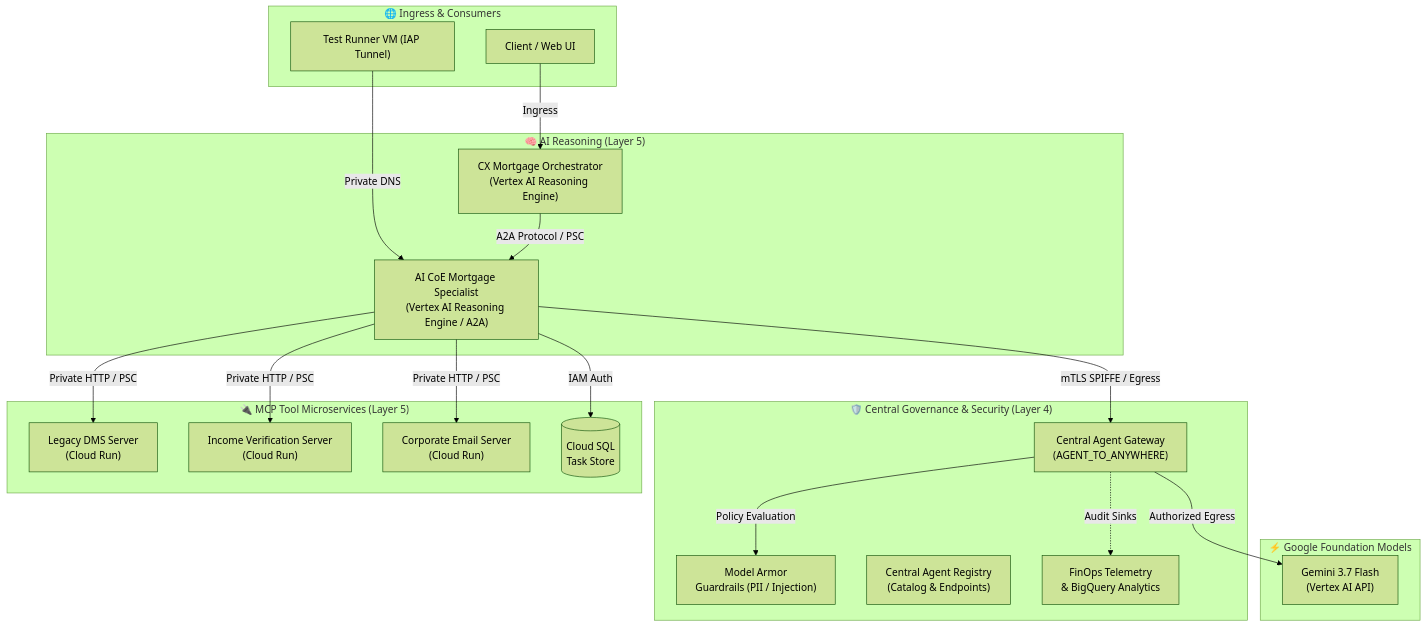
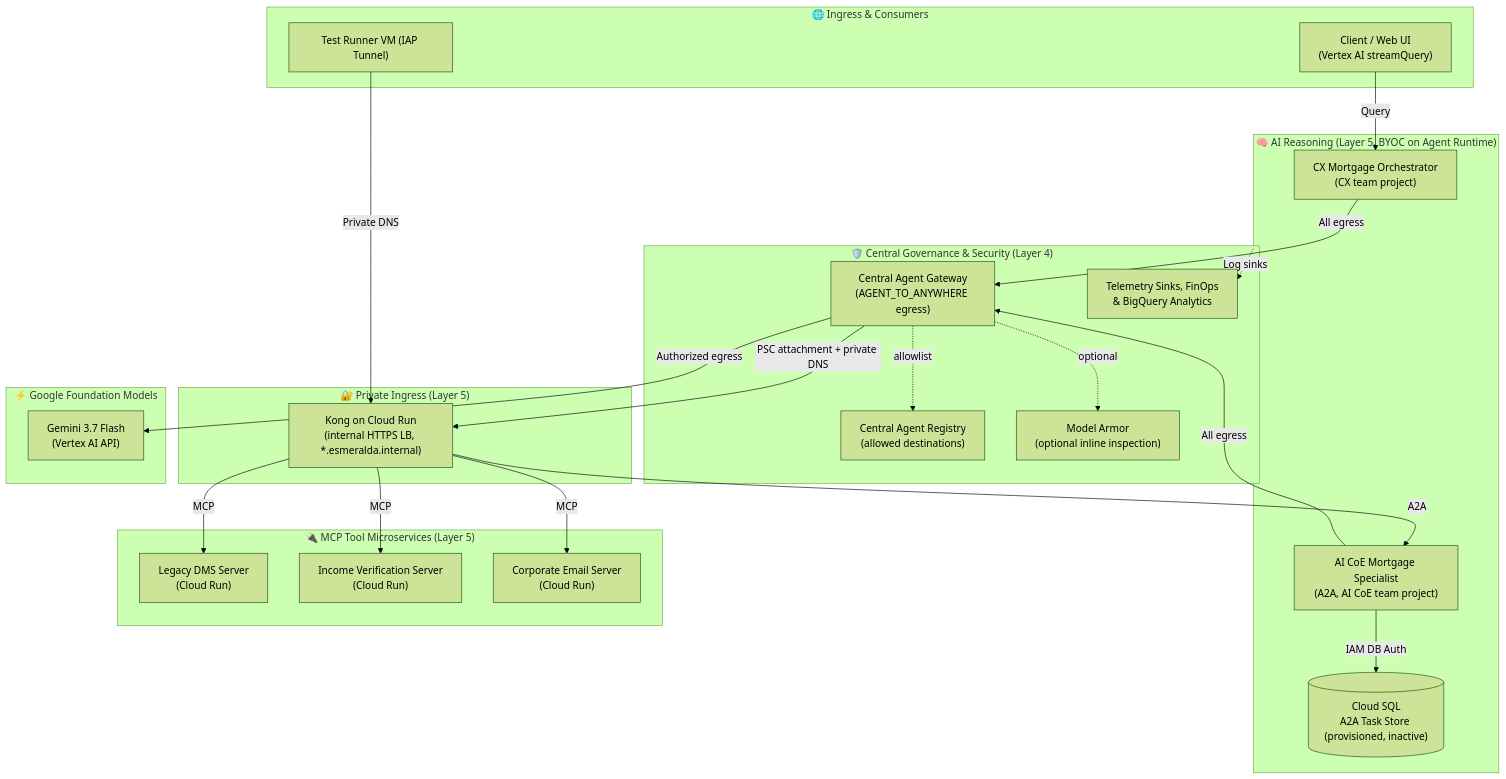
Before and after one commit to google/esmeralda: the diagram in README.md, drawn with Mermaid (forest theme). The commit also changed other lines of this file and 15 other files, not shown here.

First line of the commit message:
docs: revise all docs for team-based names and current architecture

````diff
--- a/README.md
+++ b/README.md
@@ -53,42 +65,49 @@
 ```mermaid
 flowchart TD
     subgraph Clients["🌐 Ingress & Consumers"]
-        User["Client / Web UI"]
+        User["Client / Web UI\n(Vertex AI streamQuery)"]
         TestVM["Test Runner VM (IAP Tunnel)"]
     end
 
     subgraph Governance["🛡️ Central Governance & Security (Layer 4)"]
-        AGW["Central Agent Gateway\n(AGENT_TO_ANYWHERE)"]
-        MA["Model Armor\nGuardrails (PII / Injection)"]
-        AR["Central Agent Registry\n(Catalog & Endpoints)"]
-        FinOps["FinOps Telemetry\n& BigQuery Analytics"]
+        AGW["Central Agent Gateway\n(AGENT_TO_ANYWHERE egress)"]
+        AR["Central Agent Registry\n(allowed destinations)"]
+        MA["Model Armor\n(optional inline inspection)"]
+        FinOps["Telemetry Sinks, FinOps\n& BigQuery Analytics"]
     end
 
-    subgraph Agents["🧠 AI Reasoning (Layer 5)"]
-        RootAgent["CX Mortgage Orchestrator\n(Vertex AI Reasoning Engine)"]
-        A2AAgent["AI CoE Mortgage Specialist\n(Vertex AI Reasoning Engine / A2A)"]
+    subgraph Agents["🧠 AI Reasoning (Layer 5, BYOC on Agent Runtime)"]
+        Orch["CX Mortgage Orchestrator\n(CX team project)"]
+        Spec["AI CoE Mortgage Specialist\n(A2A, AI CoE team project)"]
+        TaskDB[("Cloud SQL\nA2A Task Store (provisioned, inactive)")]
+    end
+
+    subgraph Private["🔐 Private Ingress (Layer 5)"]
+        Kong["Kong on Cloud Run\n(internal HTTPS LB, *.esmeralda.internal)"]
     end
 
     subgraph Tools["🔌 MCP Tool Microservices (Layer 5)"]
         DMS["Legacy DMS Server\n(Cloud Run)"]
         Income["Income Verification Server\n(Cloud Run)"]
         Email["Corporate Email Server\n(Cloud Run)"]
-        TaskDB[("Cloud SQL\nTask Store")]
     end
 
     subgraph Models["⚡ Google Foundation Models"]
         Gemini["Gemini 3.7 Flash\n(Vertex AI API)"]
     end
 
-    User -->|Ingress| RootAgent
-    TestVM -->|Private DNS| A2AAgent
-    RootAgent -->|A2A Protocol / PSC| A2AAgent
-    A2AAgent -->|mTLS SPIFFE / Egress| AGW
-    AGW -->|Policy Evaluation| MA
-    AGW -->|Authorized Egress| Gemini
-    A2AAgent -->|Private HTTP / PSC| DMS
-    A2AAgent -->|Private HTTP / PSC| Income
-    A2AAgent -->|Private HTTP / PSC| Email
-    A2AAgent -->|IAM Auth| TaskDB
-    AGW -.->|Audit Sinks| FinOps
+    User -->|Query| Orch
+    Orch -->|All egress| AGW
+    Spec -->|All egress| AGW
+    AGW -. allowlist .-> AR
+    AGW -. optional .-> MA
+    AGW -->|Authorized egress| Gemini
+    AGW -->|PSC attachment + private DNS| Kong
+    TestVM -->|Private DNS| Kong
+    Kong -->|A2A| Spec
+    Kong -->|MCP| DMS
+    Kong -->|MCP| Income
+    Kong -->|MCP| Email
+    Spec -->|IAM DB Auth| TaskDB
+    Agents -.->|Log sinks| FinOps
 ```
````
